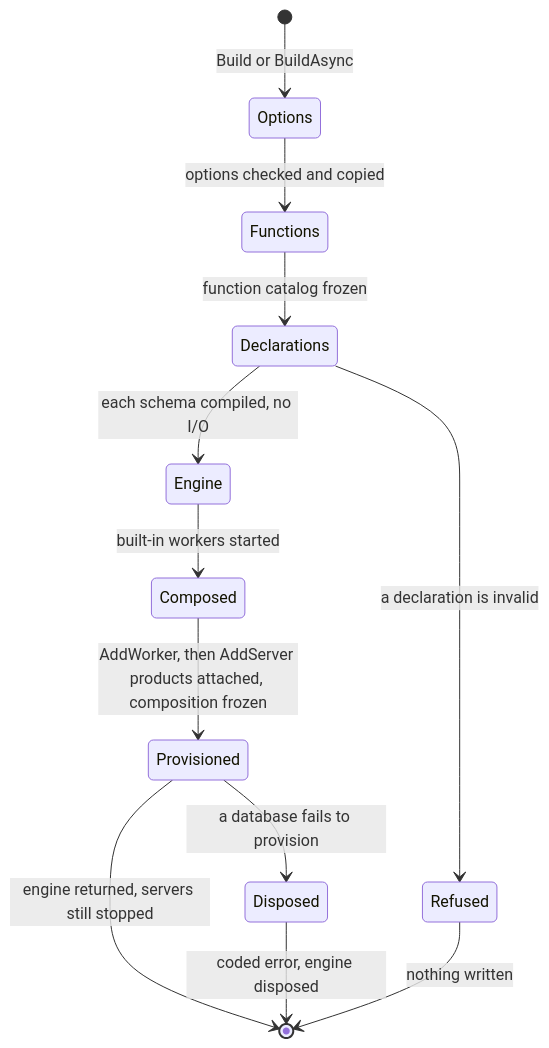
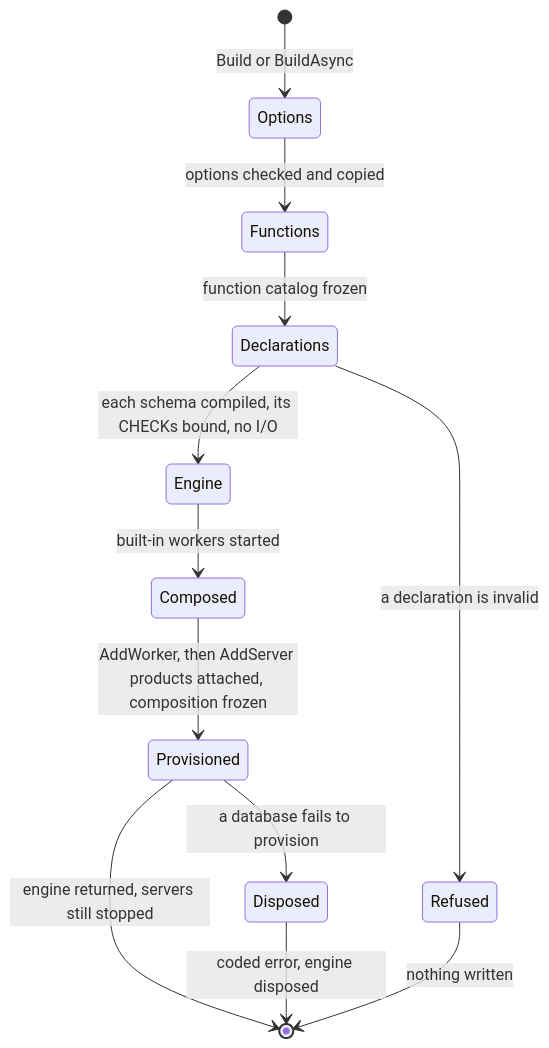
The fifth of 8 diagrams in resources/Database/Assimalign.Cohesion.Database.Sql/docs/DESIGN.md (assimalign/cohesion), drawn with Mermaid before and after one commit. The commit also changed other lines of this file and 44 other files, not shown here.

````diff
--- a/resources/Database/Assimalign.Cohesion.Database.Sql/docs/DESIGN.md
+++ b/resources/Database/Assimalign.Cohesion.Database.Sql/docs/DESIGN.md
@@ -456,14 +566,14 @@
 ```mermaid
 stateDiagram-v2
     [*] --> Options: Build or BuildAsync
     Options --> Functions: options checked and copied
     Functions --> Declarations: function catalog frozen
-    Declarations --> Engine: each schema compiled, no I/O
+    Declarations --> Engine: each schema compiled, its CHECKs bound, no I/O
     Engine --> Composed: built-in workers started
     Composed --> Provisioned: AddWorker, then AddServer products attached, composition frozen
     Provisioned --> [*]: engine returned, servers still stopped
     Declarations --> Refused: a declaration is invalid
     Provisioned --> Disposed: a database fails to provision
     Refused --> [*]: nothing written
     Disposed --> [*]: coded error, engine disposed
 ```
````
